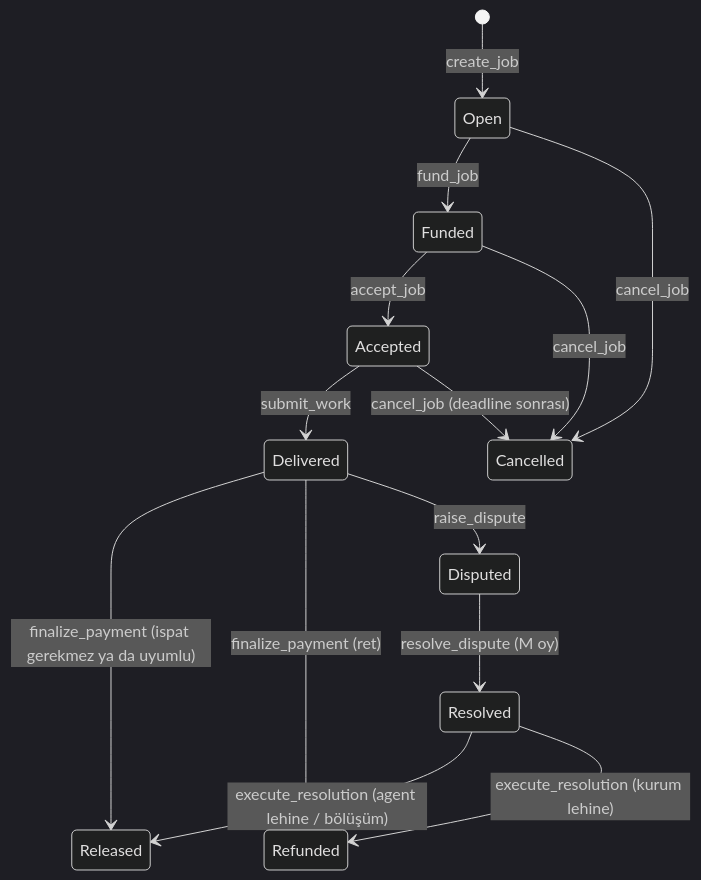
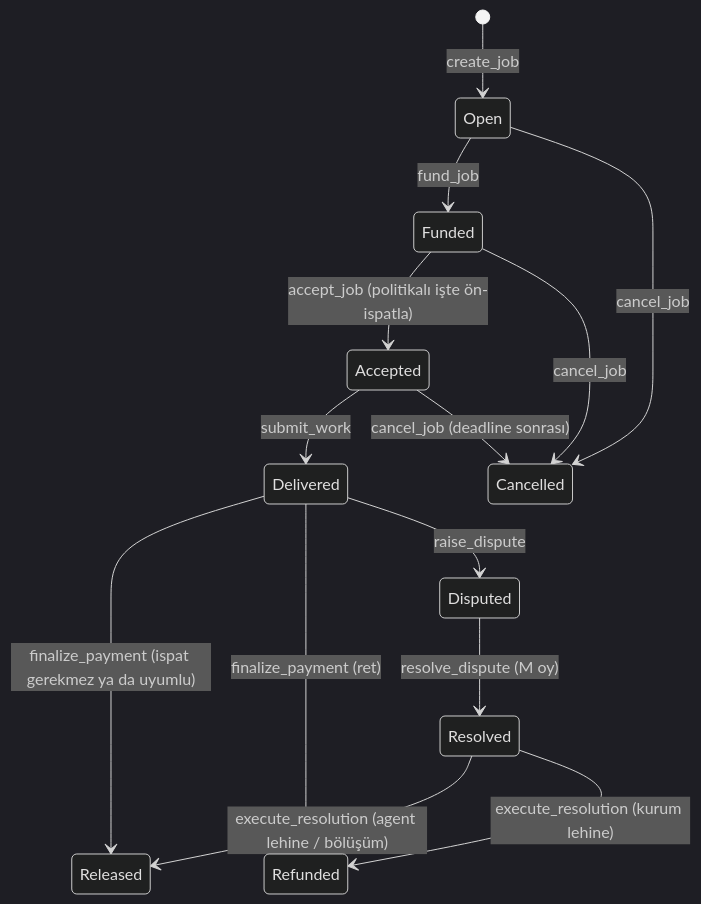
The diagram in docs/protocol.md (wienerlabs/square-solana), drawn with Mermaid (dark theme) before and after one commit. The commit also changed other lines of this file and 13 other files, not shown here.

````diff
--- a/docs/protocol.md
+++ b/docs/protocol.md
@@ -46,16 +48,16 @@
 ```mermaid
 stateDiagram-v2
   [*] --> Open: create_job
   Open --> Funded: fund_job
-  Funded --> Accepted: accept_job
+  Funded --> Accepted: accept_job (politikalı işte ön-ispatla)
   Accepted --> Delivered: submit_work
   Delivered --> Released: finalize_payment (ispat gerekmez ya da uyumlu)
   Delivered --> Refunded: finalize_payment (ret)
   Delivered --> Disputed: raise_dispute
   Disputed --> Resolved: resolve_dispute (M oy)
   Resolved --> Released: execute_resolution (agent lehine / bölüşüm)
   Resolved --> Refunded: execute_resolution (kurum lehine)
   Open --> Cancelled: cancel_job
   Funded --> Cancelled: cancel_job
   Accepted --> Cancelled: cancel_job (deadline sonrası)
 ```
````
